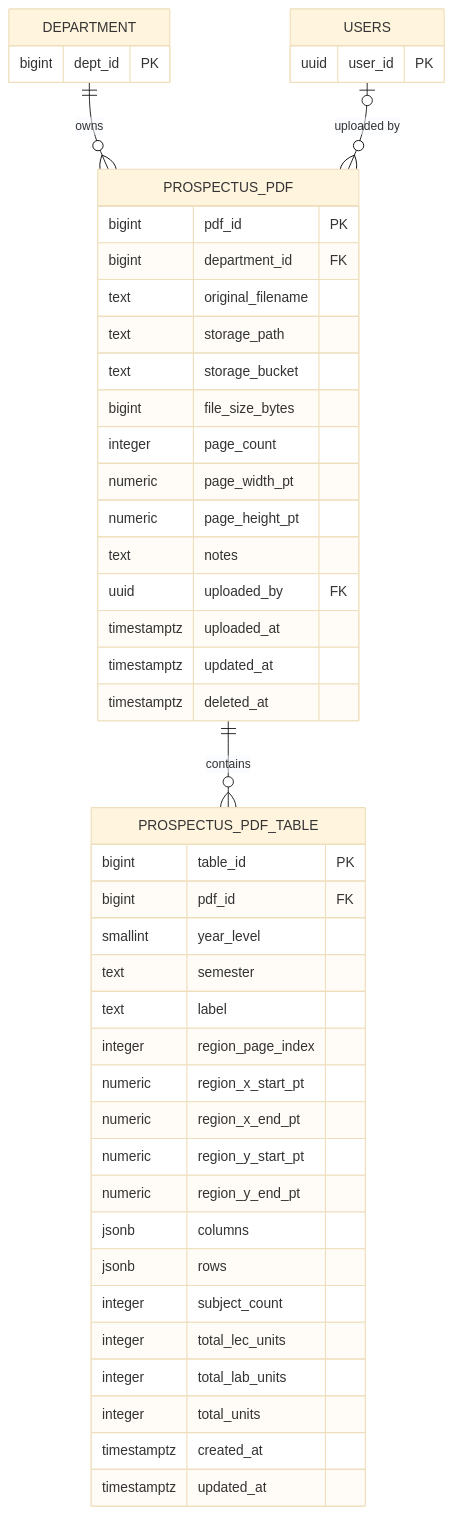
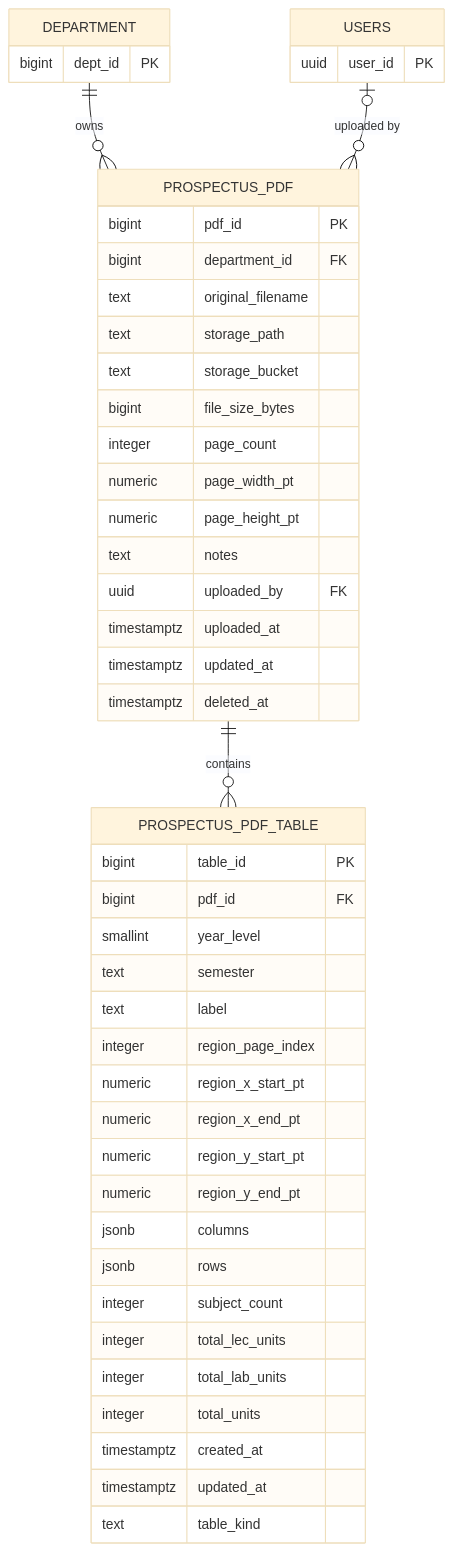
One commit to RADENzzz/coe-nnect changed the seventh of 10 diagrams in docs/DATABASE STRUCTURE/README.md. Above: the diagram before and after it, drawn with Mermaid (base theme). The commit also changed other lines of this file and 26 other files, not shown here.

````diff
--- a/docs/DATABASE STRUCTURE/README.md
+++ b/docs/DATABASE STRUCTURE/README.md
@@ -623,49 +641,50 @@
 ```mermaid
 erDiagram
     DEPARTMENT ||--o{ PROSPECTUS_PDF : "owns"
     USERS |o--o{ PROSPECTUS_PDF : "uploaded by"
     PROSPECTUS_PDF ||--o{ PROSPECTUS_PDF_TABLE : "contains"
 
     DEPARTMENT {
         bigint dept_id PK
     }
     USERS {
         uuid user_id PK
     }
     PROSPECTUS_PDF {
         bigint pdf_id PK
         bigint department_id FK
         text original_filename
         text storage_path
         text storage_bucket
         bigint file_size_bytes
         integer page_count
         numeric page_width_pt
         numeric page_height_pt
         text notes
         uuid uploaded_by FK
         timestamptz uploaded_at
         timestamptz updated_at
         timestamptz deleted_at
     }
     PROSPECTUS_PDF_TABLE {
         bigint table_id PK
         bigint pdf_id FK
         smallint year_level
         text semester
         text label
         integer region_page_index
         numeric region_x_start_pt
         numeric region_x_end_pt
         numeric region_y_start_pt
         numeric region_y_end_pt
         jsonb columns
         jsonb rows
         integer subject_count
         integer total_lec_units
         integer total_lab_units
         integer total_units
         timestamptz created_at
         timestamptz updated_at
+        text table_kind
     }
 ```
````
